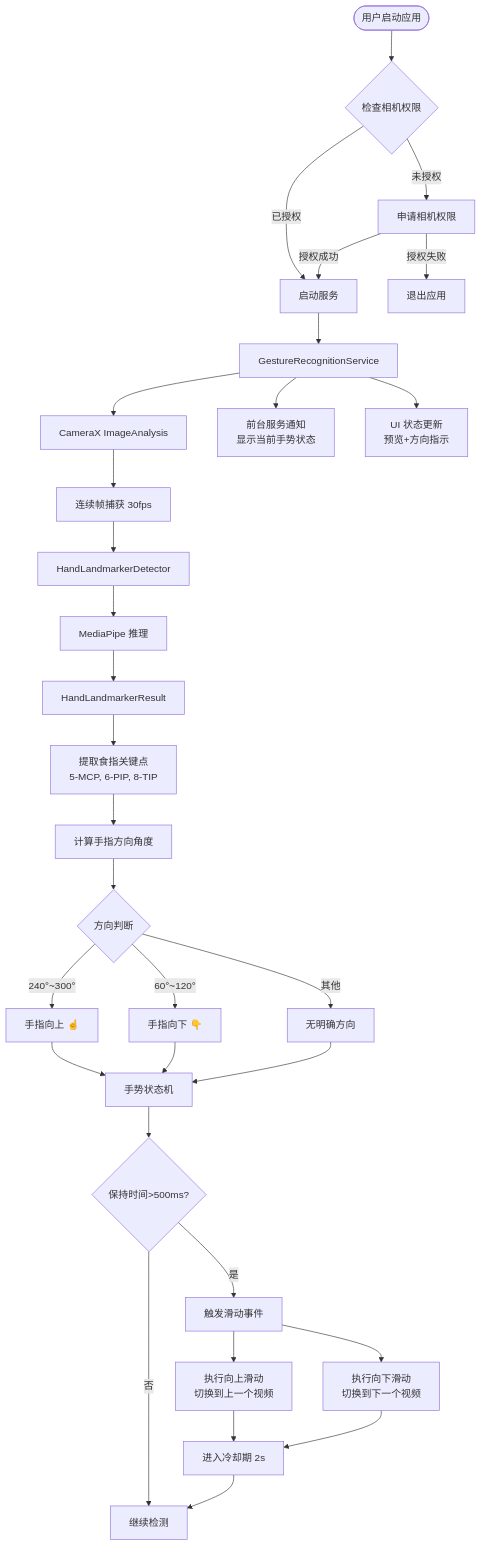
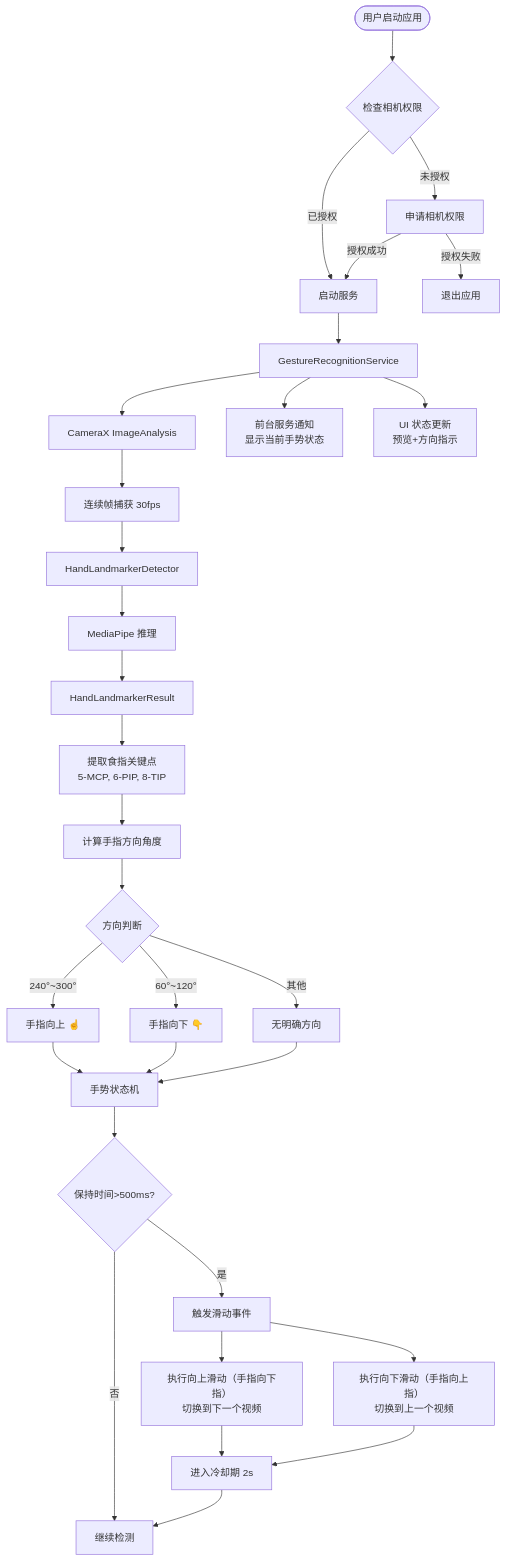
Before and after one commit to lanxiuyun/lazyeat-kt: the second of 2 diagrams in DEVELOPMENT.md, drawn with Mermaid.

````diff
--- a/DEVELOPMENT.md
+++ b/DEVELOPMENT.md
@@ -205,41 +205,41 @@
 ```mermaid
 flowchart TD
     Start([用户启动应用]) --> Permission{检查相机权限}
     Permission -->|未授权| Request[申请相机权限]
     Permission -->|已授权| StartService[启动服务]
     Request -->|授权成功| StartService
     Request -->|授权失败| Exit[退出应用]
 
     StartService --> GRS[GestureRecognitionService]
     GRS --> Camera[CameraX ImageAnalysis]
     Camera --> Frame[连续帧捕获 30fps]
     Frame --> Detector[HandLandmarkerDetector]
     Detector --> MP[MediaPipe 推理]
     MP --> Result[HandLandmarkerResult]
 
     Result --> Extract[提取食指关键点<br/>5-MCP, 6-PIP, 8-TIP]
     Extract --> Angle[计算手指方向角度]
     
     Angle --> Judge{方向判断}
     Judge -->|240°~300°| PointUp[手指向上 ☝️]
     Judge -->|60°~120°| PointDown[手指向下 👇]
     Judge -->|其他| NoGesture[无明确方向]
     
     PointUp --> StateMachine[手势状态机]
     PointDown --> StateMachine
     NoGesture --> StateMachine
     
     StateMachine --> HoldCheck{保持时间>500ms?}
     HoldCheck -->|是| Trigger[触发滑动事件]
     HoldCheck -->|否| Continue[继续检测]
     
-    Trigger --> SwipeUp[执行向上滑动<br/>切换到上一个视频]
-    Trigger --> SwipeDown[执行向下滑动<br/>切换到下一个视频]
+    Trigger --> SwipeUp[执行向上滑动（手指向下指）<br/>切换到下一个视频]
+    Trigger --> SwipeDown[执行向下滑动（手指向上指）<br/>切换到上一个视频]
     
     SwipeUp --> Cooldown[进入冷却期 2s]
     SwipeDown --> Cooldown
     Cooldown --> Continue
     
     GRS --> Notification[前台服务通知<br/>显示当前手势状态]
     GRS --> HomeFragment[UI 状态更新<br/>预览+方向指示]
 ```
````
